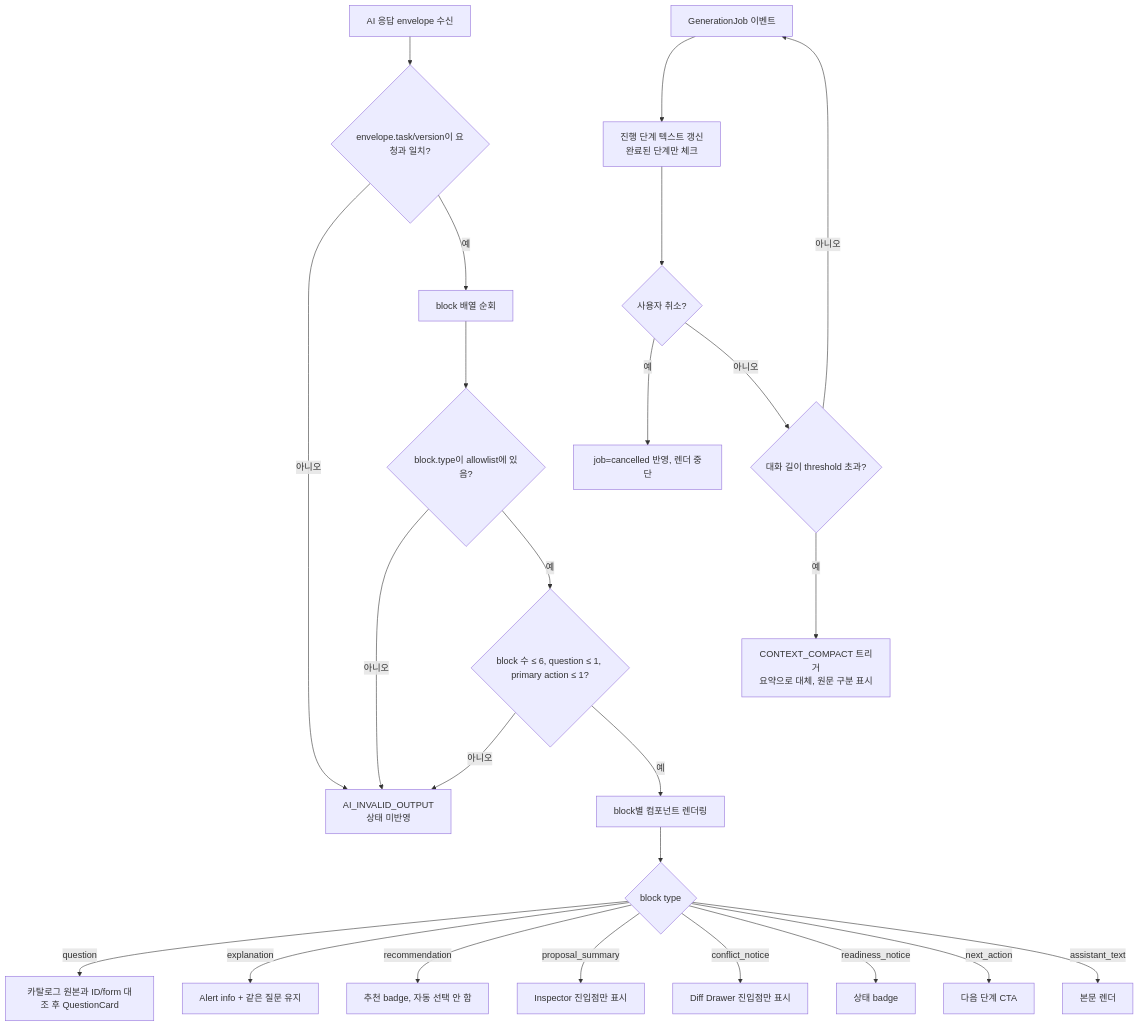
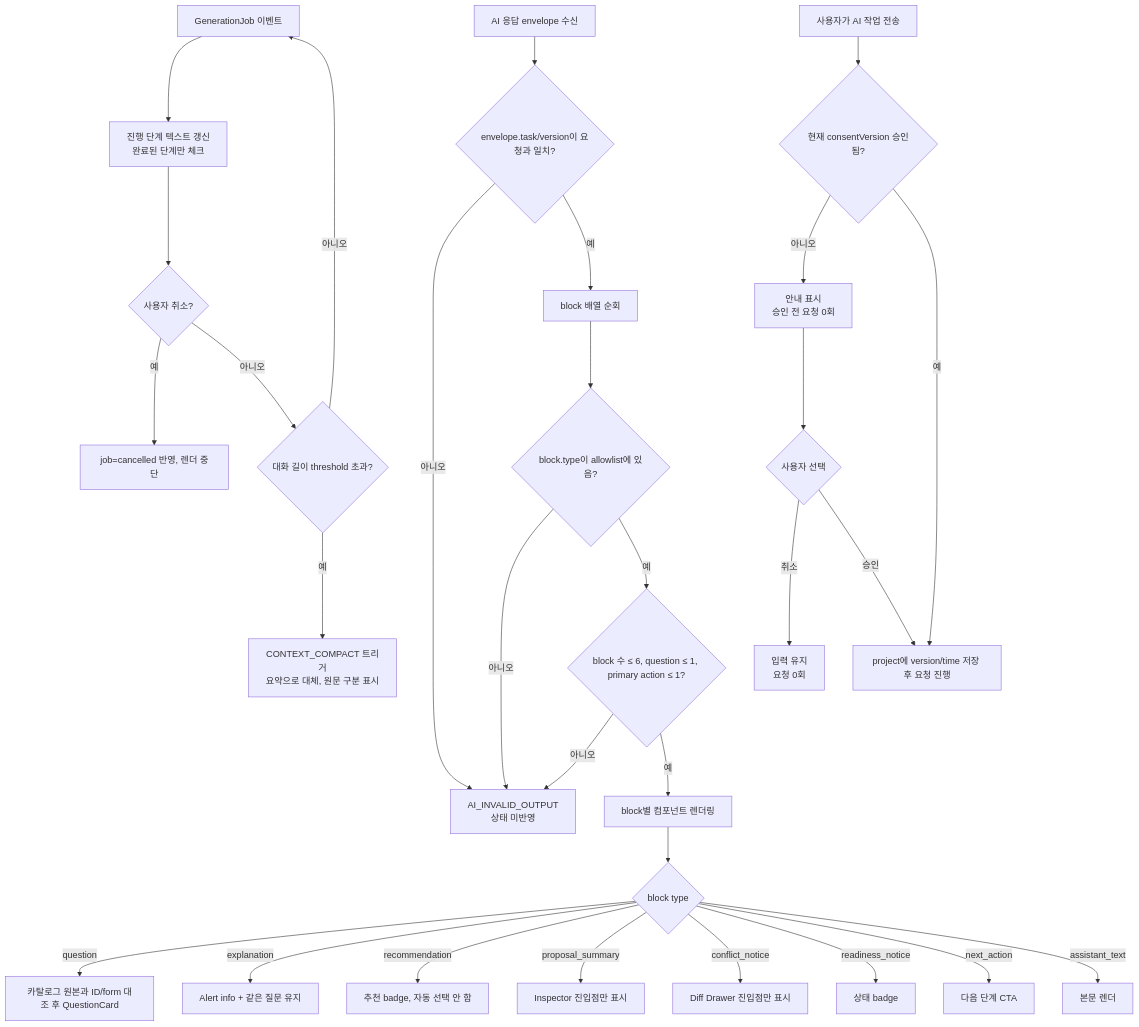
One commit to donghyunlee-dev/ai-agent-blueprint changed the diagram in docs/tasks/CON-PR-03/plan.md. Above: the diagram before and after it, drawn with Mermaid. The commit also changed other lines of this file and 17 other files, not shown here.

````diff
--- a/docs/tasks/CON-PR-03/plan.md
+++ b/docs/tasks/CON-PR-03/plan.md
@@ -58,27 +69,34 @@
 ```mermaid
 flowchart TD
     A[AI 응답 envelope 수신] --> B{envelope.task/version이 요청과 일치?}
     B -- 아니오 --> C[AI_INVALID_OUTPUT<br/>상태 미반영]
     B -- 예 --> D[block 배열 순회]
     D --> E{block.type이 allowlist에 있음?}
     E -- 아니오 --> C
     E -- 예 --> F{block 수 ≤ 6, question ≤ 1, primary action ≤ 1?}
     F -- 아니오 --> C
     F -- 예 --> G[block별 컴포넌트 렌더링]
     G --> H{block type}
     H -- question --> I[카탈로그 원본과 ID/form 대조 후 QuestionCard]
     H -- explanation --> J[Alert info + 같은 질문 유지]
     H -- recommendation --> K[추천 badge, 자동 선택 안 함]
     H -- proposal_summary --> L[Inspector 진입점만 표시]
     H -- conflict_notice --> M[Diff Drawer 진입점만 표시]
     H -- readiness_notice --> N[상태 badge]
     H -- next_action --> O[다음 단계 CTA]
     H -- assistant_text --> P[본문 렌더]
 
     Q[GenerationJob 이벤트] --> R[진행 단계 텍스트 갱신<br/>완료된 단계만 체크]
     R --> S{사용자 취소?}
     S -- 예 --> T[job=cancelled 반영, 렌더 중단]
     S -- 아니오 --> U{대화 길이 threshold 초과?}
     U -- 예 --> V[CONTEXT_COMPACT 트리거<br/>요약으로 대체, 원문 구분 표시]
     U -- 아니오 --> Q
+
+    W[사용자가 AI 작업 전송] --> X{현재 consentVersion 승인됨?}
+    X -- 아니오 --> Y[안내 표시<br/>승인 전 요청 0회]
+    Y --> Z{사용자 선택}
+    Z -- 취소 --> AA[입력 유지<br/>요청 0회]
+    Z -- 승인 --> AB[project에 version/time 저장 후 요청 진행]
+    X -- 예 --> AB
 ```
````
